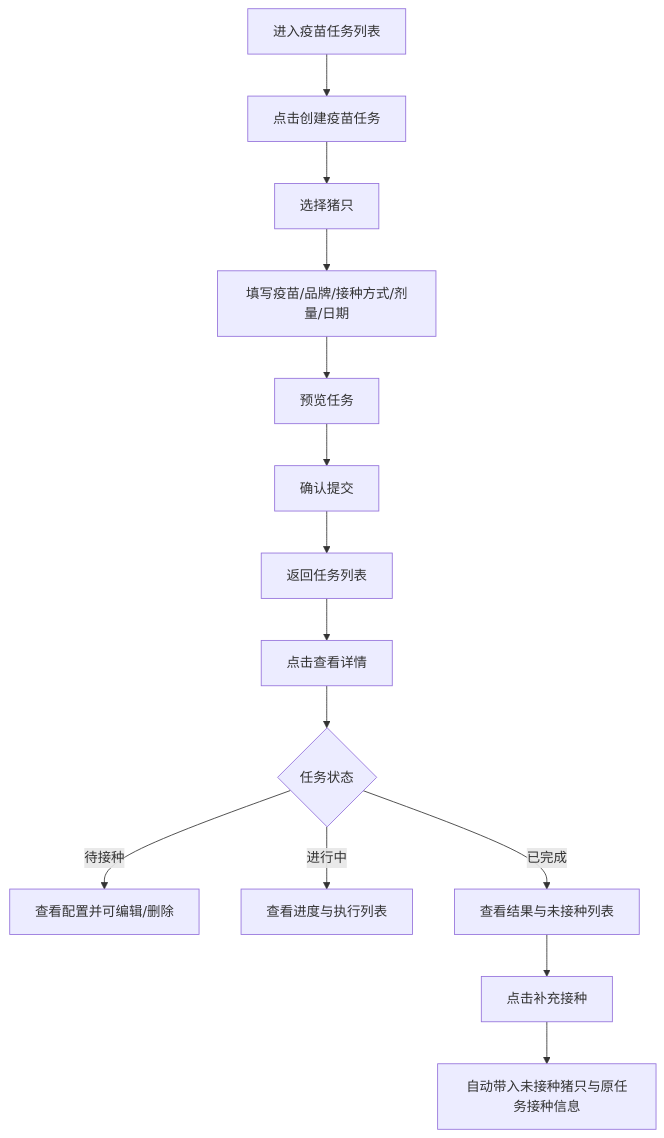
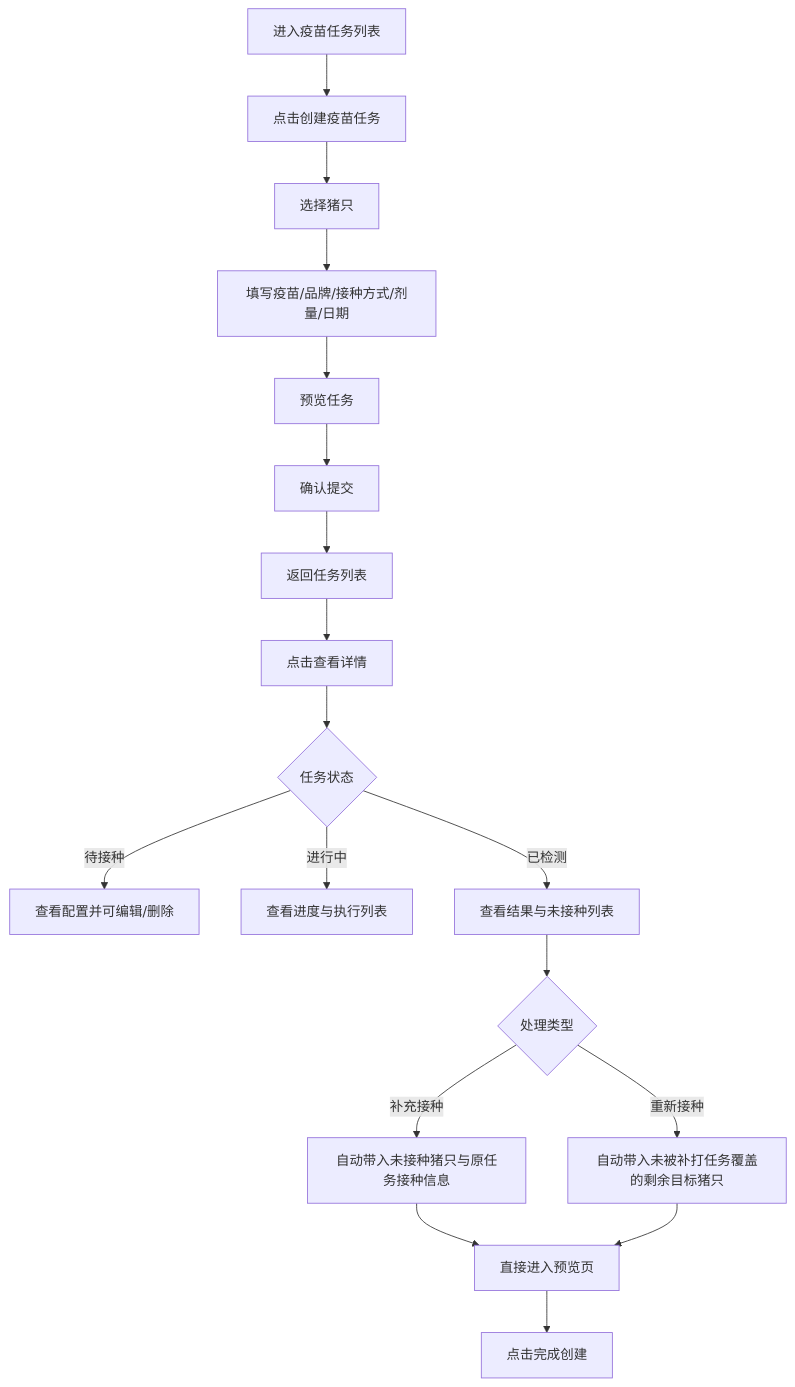
Before and after one commit to 91Dhua/Vaccine: the second of 2 diagrams in prds/vaccine prd/04-疫苗任务.md, drawn with Mermaid. The commit also changed other lines of this file and 21 other files, not shown here.

Commit message:
Add review sampling flow and refine task detail navigation

````diff
--- a/prds/vaccine prd/04-疫苗任务.md
+++ b/prds/vaccine prd/04-疫苗任务.md
@@ -47,16 +50,20 @@
 ```mermaid
 flowchart TD
   A[进入疫苗任务列表] --> B[点击创建疫苗任务]
   B --> C[选择猪只]
   C --> D[填写疫苗/品牌/接种方式/剂量/日期]
   D --> E[预览任务]
   E --> F[确认提交]
   F --> G[返回任务列表]
   G --> H[点击查看详情]
   H --> I{任务状态}
   I -->|待接种| J[查看配置并可编辑/删除]
   I -->|进行中| K[查看进度与执行列表]
-  I -->|已完成| L[查看结果与未接种列表]
-  L --> M[点击补充接种]
-  M --> N[自动带入未接种猪只与原任务接种信息]
+  I -->|已检测| L[查看结果与未接种列表]
+  L --> M{处理类型}
+  M -->|补充接种| N[自动带入未接种猪只与原任务接种信息]
+  M -->|重新接种| O[自动带入未被补打任务覆盖的剩余目标猪只]
+  N --> P[直接进入预览页]
+  O --> P
+  P --> Q[点击完成创建]
 ```
````
